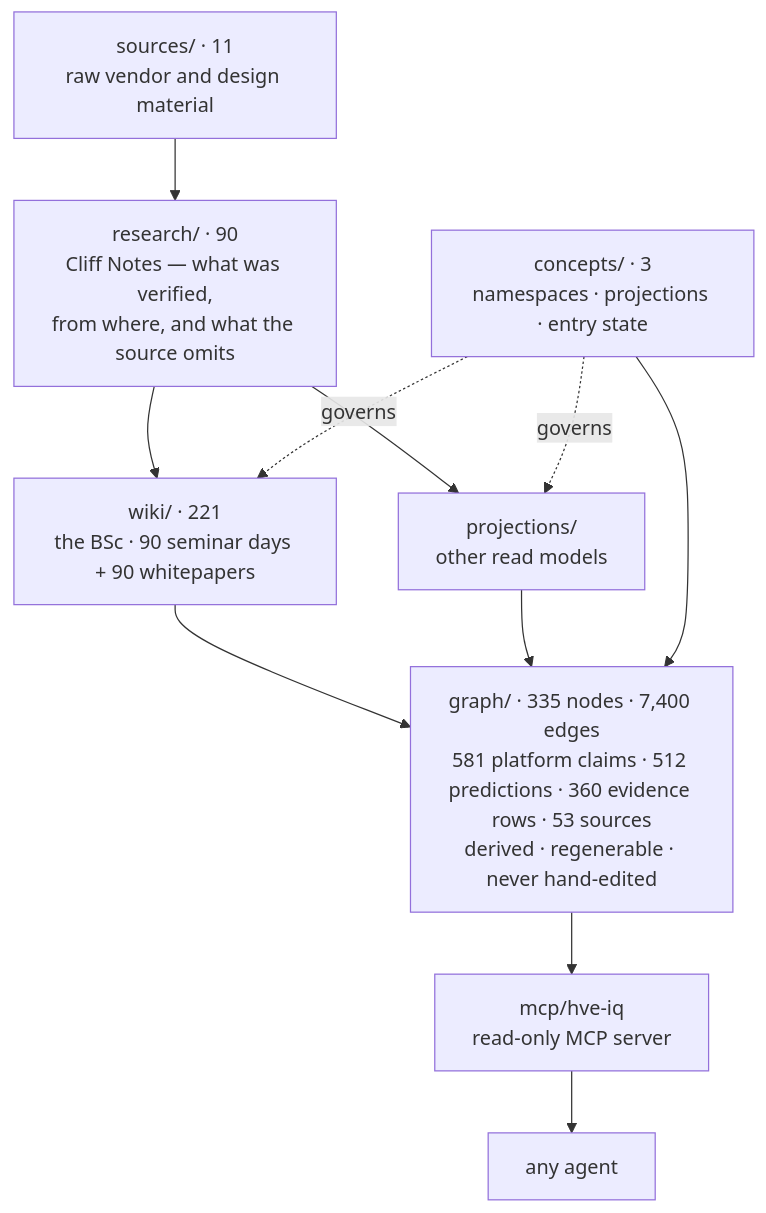
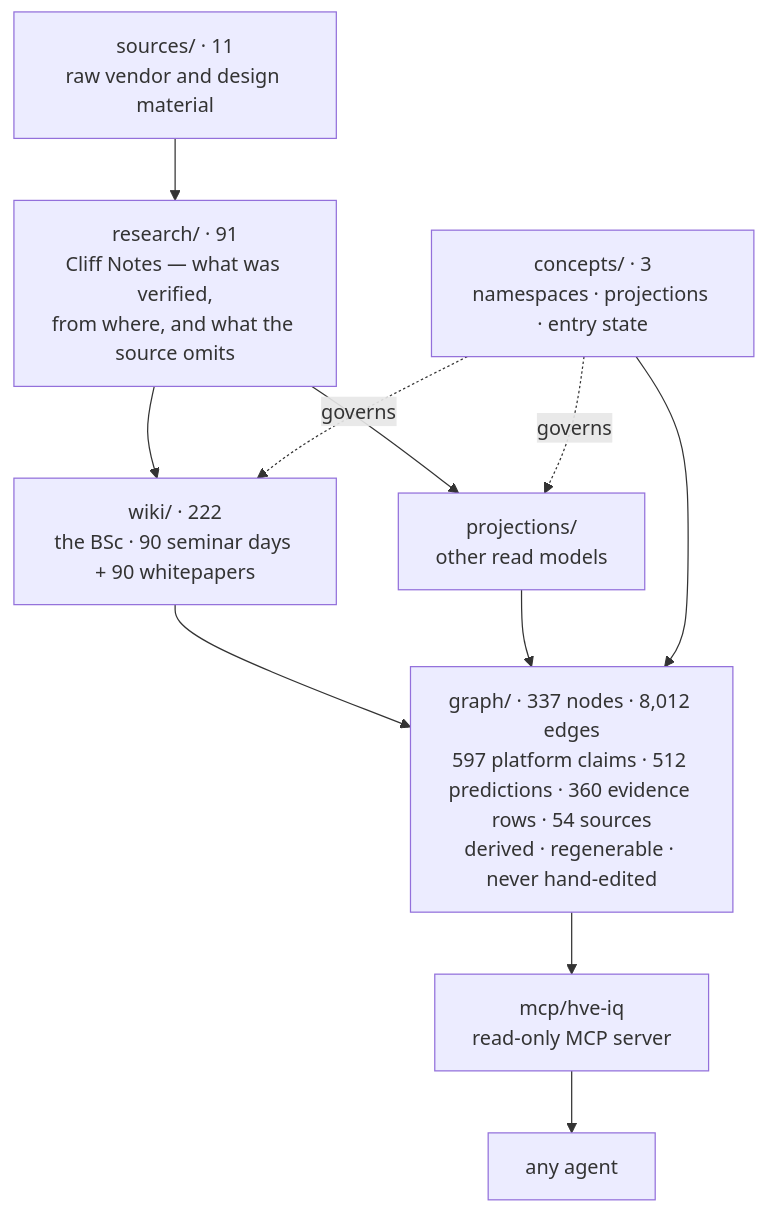
One commit to venturemavenwill/high-velocity-engineering changed the diagram in README.md. Above: the diagram before and after it, drawn with Mermaid. The commit also changed other lines of this file and 213 other files, not shown here.

````diff
--- a/README.md
+++ b/README.md
@@ -13,14 +13,14 @@
 ```mermaid
 flowchart TD
   S["sources/ · 11<br/>raw vendor and design material"] --> R
-  R["research/ · 90<br/>Cliff Notes — what was verified,<br/>from where, and what the source omits"] --> W
+  R["research/ · 91<br/>Cliff Notes — what was verified,<br/>from where, and what the source omits"] --> W
   R --> P
-  W["wiki/ · 221<br/>the BSc · 90 seminar days + 90 whitepapers"]
+  W["wiki/ · 222<br/>the BSc · 90 seminar days + 90 whitepapers"]
   P["projections/<br/>other read models"]
   C["concepts/ · 3<br/>namespaces · projections · entry state"] -.governs.-> W
   C -.governs.-> P
   W --> G
   P --> G
   C --> G
-  G["graph/ · 335 nodes · 7,400 edges<br/>581 platform claims · 512 predictions · 360 evidence rows · 53 sources<br/>derived · regenerable · never hand-edited"] --> M["mcp/hve-iq<br/>read-only MCP server"] --> A["any agent"]
+  G["graph/ · 337 nodes · 8,012 edges<br/>597 platform claims · 512 predictions · 360 evidence rows · 54 sources<br/>derived · regenerable · never hand-edited"] --> M["mcp/hve-iq<br/>read-only MCP server"] --> A["any agent"]
 ```
````
